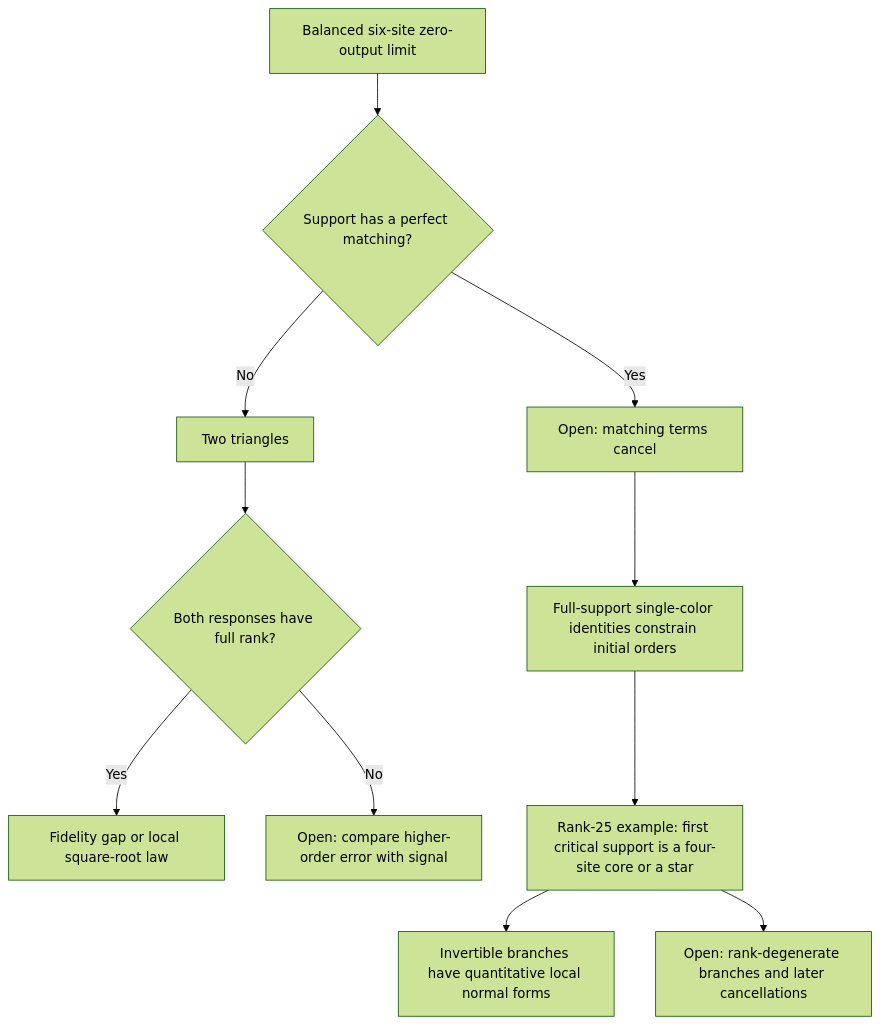
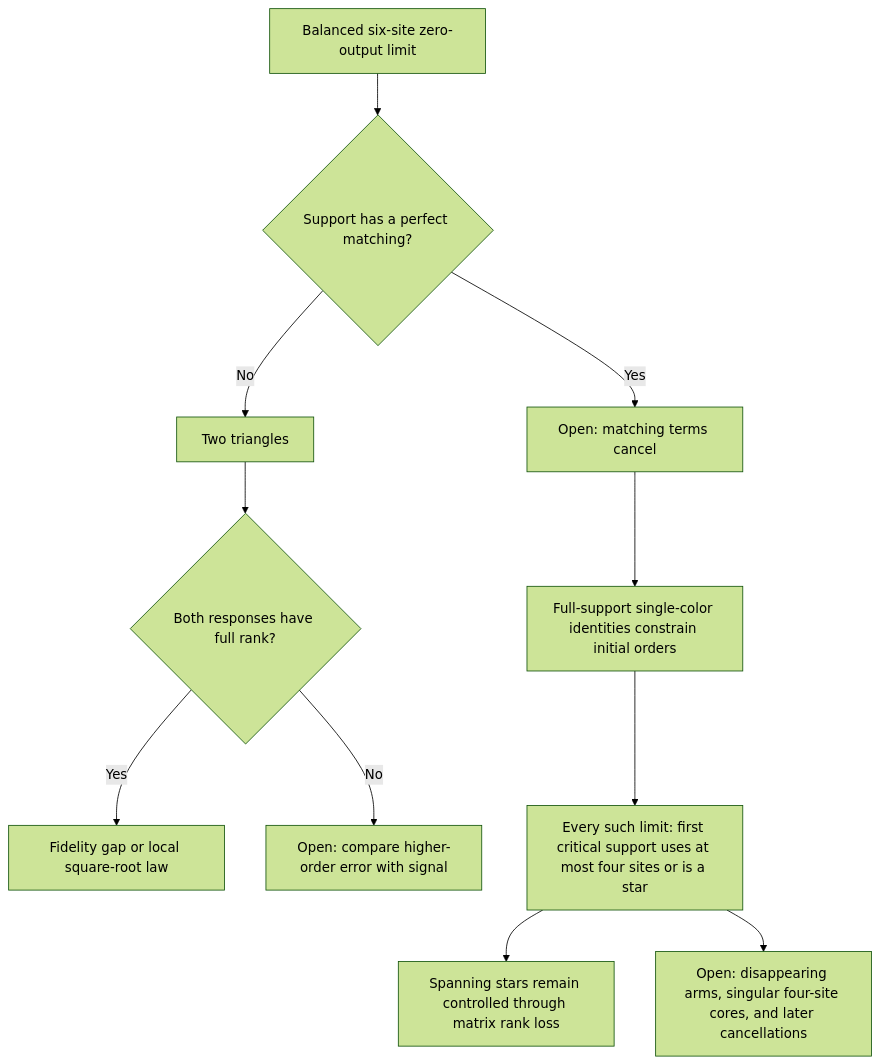
The diagram in research/ghz-rates/README.md (rrajasek95/krenn-conjecture), drawn with Mermaid (forest theme) before and after one commit. The commit also changed other lines of this file and 12 other files, not shown here.

Commit message:
Classify all flat supports and control stars through matrix rank loss

```diff
--- a/research/ghz-rates/README.md
+++ b/research/ghz-rates/README.md
@@ -44,13 +45,13 @@
 ~~~mermaid
 flowchart TD
     A["Balanced six-site zero-output limit"] --> B{"Support has a perfect matching?"}
     B -->|No| C["Two triangles"]
     C --> D{"Both responses have full rank?"}
     D -->|Yes| E["Fidelity gap or local square-root law"]
     D -->|No| F["Open: compare higher-order error with signal"]
     B -->|Yes| G["Open: matching terms cancel"]
     G --> H["Full-support single-color identities constrain initial orders"]
-    H --> I["Rank-25 example: first critical support is a four-site core or a star"]
-    I --> J["Invertible branches have quantitative local normal forms"]
-    I --> K["Open: rank-degenerate branches and later cancellations"]
+    H --> I["Every such limit: first critical support uses at most four sites or is a star"]
+    I --> J["Spanning stars remain controlled through matrix rank loss"]
+    I --> K["Open: disappearing arms, singular four-site cores, and later cancellations"]
 ~~~
```
